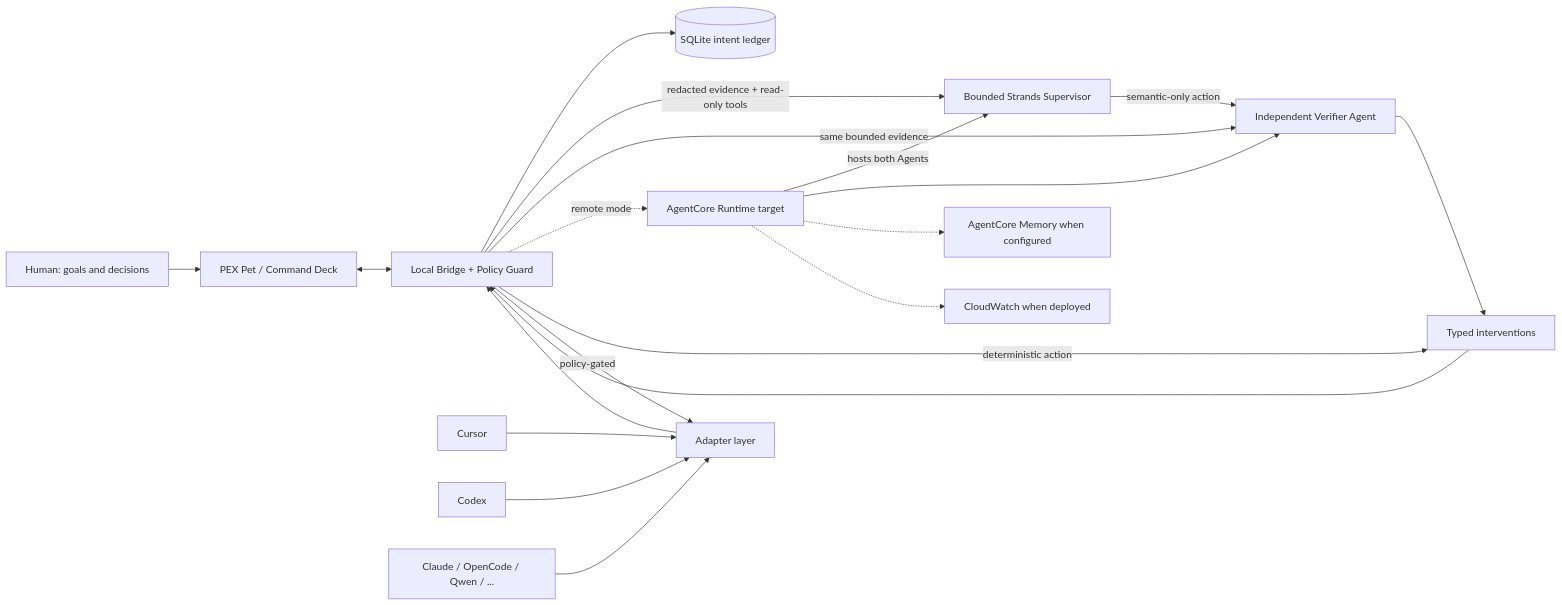
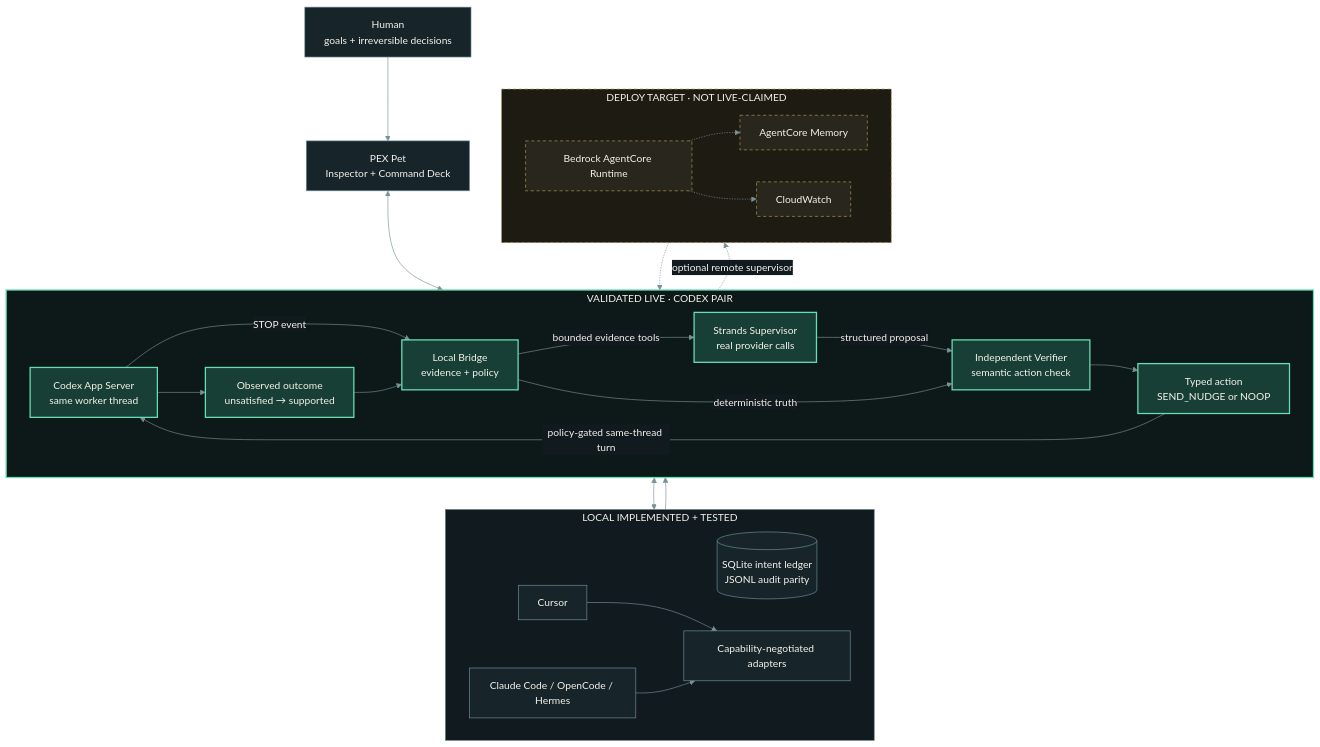
The diagram in docs/architecture/pex-architecture.mmd (josepha-mayo/pex), drawn with Mermaid before and after one commit. The commit also changed 5 other files, not shown here.

Commit message:
Curate validated live proof for judges

```diff
--- a/docs/architecture/pex-architecture.mmd
+++ b/docs/architecture/pex-architecture.mmd
@@ -1,35 +1,58 @@
-flowchart LR
-  human[Human: goals and decisions]
-  pet[PEX Pet / Command Deck]
-  bridge[Local Bridge + Policy Guard]
-  store[(SQLite intent ledger)]
-  adapters[Adapter layer]
-  cursor[Cursor]
-  codex[Codex]
-  others[Claude / OpenCode / Qwen / ...]
-  strands[Bounded Strands Supervisor]
-  verifier[Independent Verifier Agent]
-  runtime[AgentCore Runtime target]
-  memory[AgentCore Memory when configured]
-  cw[CloudWatch when deployed]
-  out[Typed interventions]
+%%{init: {"theme":"base","themeVariables":{"background":"#081014","primaryTextColor":"#f4f1e8","lineColor":"#789097","clusterBkg":"#101a1f","clusterBorder":"#486067","edgeLabelBackground":"#101a1f"}}}%%
+flowchart TB
+  human[Human<br/>goals + irreversible decisions]
+  pet[PEX Pet<br/>Inspector + Command Deck]
+
+  subgraph live[VALIDATED LIVE · CODEX PAIR]
+    direction LR
+    codex[Codex App Server<br/>same worker thread]
+    bridge[Local Bridge<br/>evidence + policy]
+    strands[Strands Supervisor<br/>real provider calls]
+    verifier[Independent Verifier<br/>semantic action check]
+    out[Typed action<br/>SEND_NUDGE or NOOP]
+    result[Observed outcome<br/>unsatisfied → supported]
+    codex -->|STOP event| bridge
+    bridge -->|bounded evidence tools| strands
+    strands -->|structured proposal| verifier
+    bridge -->|deterministic truth| verifier
+    verifier --> out
+    out -->|policy-gated same-thread turn| codex
+    codex --> result
+    result --> bridge
+  end
+
+  subgraph local[LOCAL IMPLEMENTED + TESTED]
+    direction LR
+    store[(SQLite intent ledger<br/>JSONL audit parity)]
+    adapters[Capability-negotiated adapters]
+    cursor[Cursor]
+    others[Claude Code / OpenCode / Hermes]
+    cursor --> adapters
+    others --> adapters
+    adapters --> bridge
+    bridge <--> store
+  end
+
+  subgraph target[DEPLOY TARGET · NOT LIVE-CLAIMED]
+    direction LR
+    runtime[Bedrock AgentCore Runtime]
+    memory[AgentCore Memory]
+    cw[CloudWatch]
+    runtime -.-> memory
+    runtime -.-> cw
+  end
 
   human --> pet
   pet <--> bridge
-  cursor --> adapters
-  codex --> adapters
-  others --> adapters
-  adapters --> bridge
-  bridge --> store
-  bridge -->|redacted evidence + read-only tools| strands
-  strands -->|semantic-only action| verifier
-  bridge -->|same bounded evidence| verifier
-  bridge -.->|remote mode| runtime
-  runtime -->|hosts both Agents| strands
-  runtime --> verifier
-  runtime -.-> memory
-  runtime -.-> cw
-  verifier --> out
-  bridge -->|deterministic action| out
-  out --> bridge
-  bridge -->|policy-gated| adapters
+  bridge -.->|optional remote supervisor| runtime
+  runtime -.-> strands
+
+  classDef validated fill:#173f35,stroke:#67deb1,color:#f4f1e8,stroke-width:2px;
+  classDef implemented fill:#17252b,stroke:#72939a,color:#f4f1e8;
+  classDef target fill:#29261d,stroke:#b49a50,color:#f4f1e8,stroke-dasharray:5 4;
+  class codex,bridge,strands,verifier,out,result validated;
+  class human,pet,store,adapters,cursor,others implemented;
+  class runtime,memory,cw target;
+  style live fill:#0d1918,stroke:#67deb1,color:#f4f1e8,stroke-width:2px
+  style local fill:#101a1f,stroke:#617b82,color:#f4f1e8
+  style target fill:#1e1b13,stroke:#b49a50,color:#f4f1e8,stroke-dasharray:5 4
```
